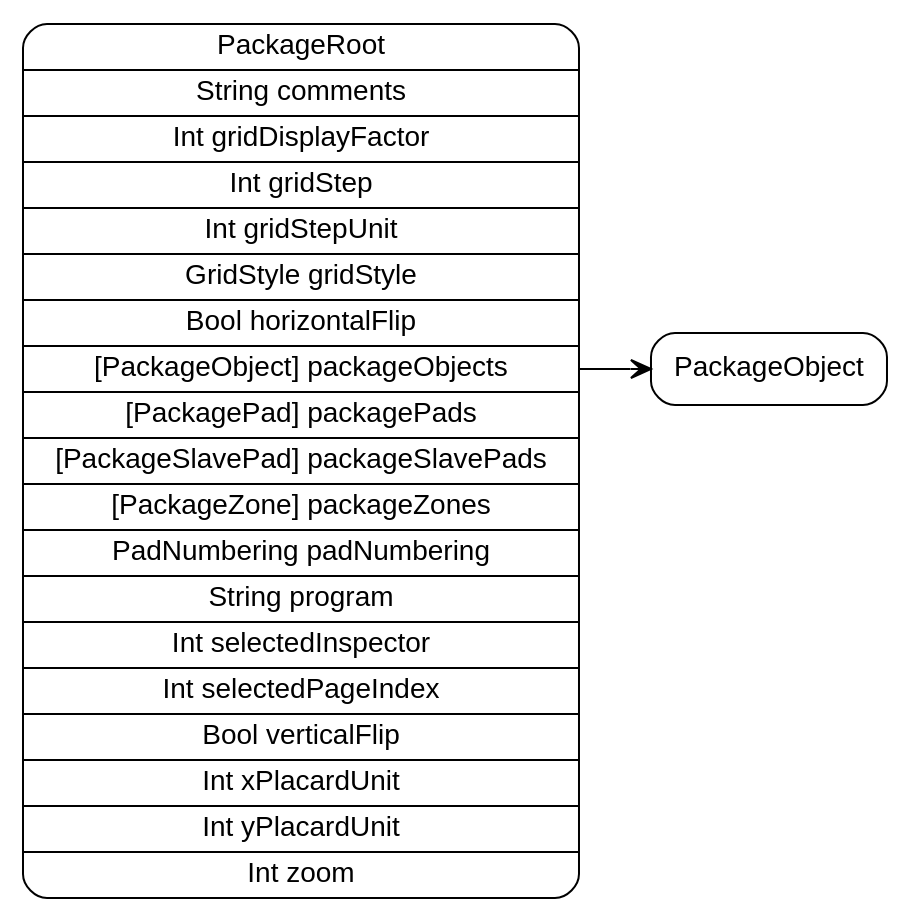
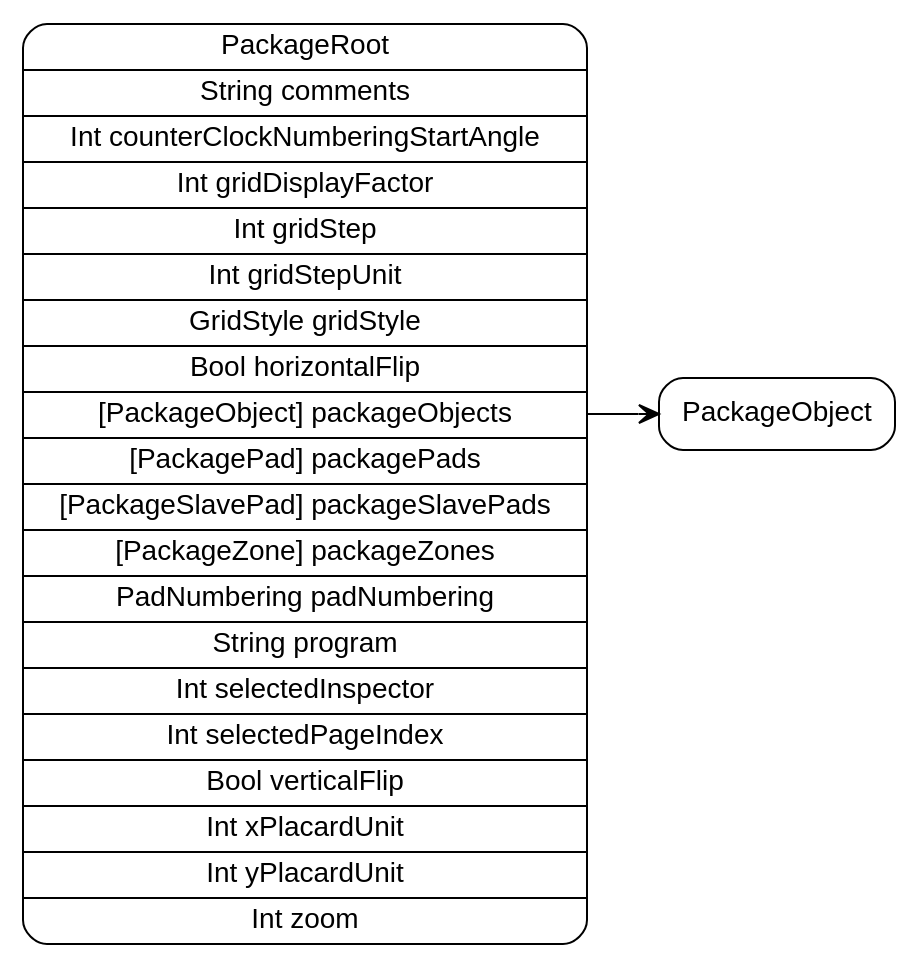
Before and after one commit to pierremolinaro/ElCanari-dev: the diagram in models/PackageRoot.dot, drawn with Graphviz. The commit also changed 16 other files, not shown here.

Commit message:
Package: counterclock autonumbering start angle

```diff
--- a/models/PackageRoot.dot
+++ b/models/PackageRoot.dot
@@ -1,7 +1,7 @@
 digraph G {
   rankdir=LR ;
   node [shape=record fontname=helvetica style=rounded] ;
-  PackageRoot[label="<PackageRoot>PackageRoot|String comments|Int gridDisplayFactor|Int gridStep|Int gridStepUnit|GridStyle gridStyle|Bool horizontalFlip|<packageObjects>[PackageObject] packageObjects|<packagePads>[PackagePad] packagePads|<packageSlavePads>[PackageSlavePad] packageSlavePads|<packageZones>[PackageZone] packageZones|PadNumbering padNumbering|String program|Int selectedInspector|Int selectedPageIndex|Bool verticalFlip|Int xPlacardUnit|Int yPlacardUnit|Int zoom"] ;
+  PackageRoot[label="<PackageRoot>PackageRoot|String comments|Int counterClockNumberingStartAngle|Int gridDisplayFactor|Int gridStep|Int gridStepUnit|GridStyle gridStyle|Bool horizontalFlip|<packageObjects>[PackageObject] packageObjects|<packagePads>[PackagePad] packagePads|<packageSlavePads>[PackageSlavePad] packageSlavePads|<packageZones>[PackageZone] packageZones|PadNumbering padNumbering|String program|Int selectedInspector|Int selectedPageIndex|Bool verticalFlip|Int xPlacardUnit|Int yPlacardUnit|Int zoom"] ;
   PackageObject[label="<PackageObject>PackageObject"] ;
   PackageRoot:packageObjects -> PackageObject:PackageObject [dir=both arrowtail=none arrowhead=vee] ;
 }
```
